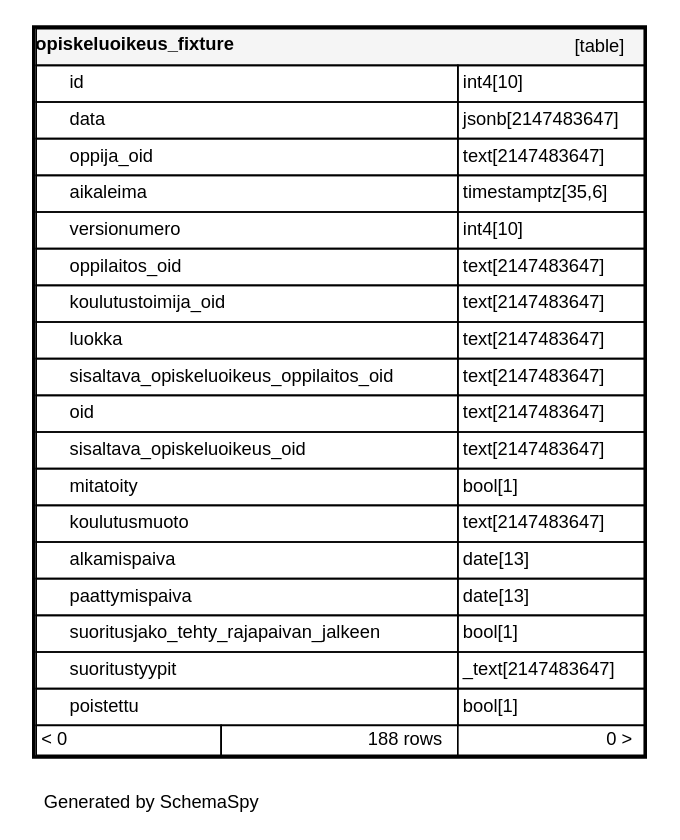
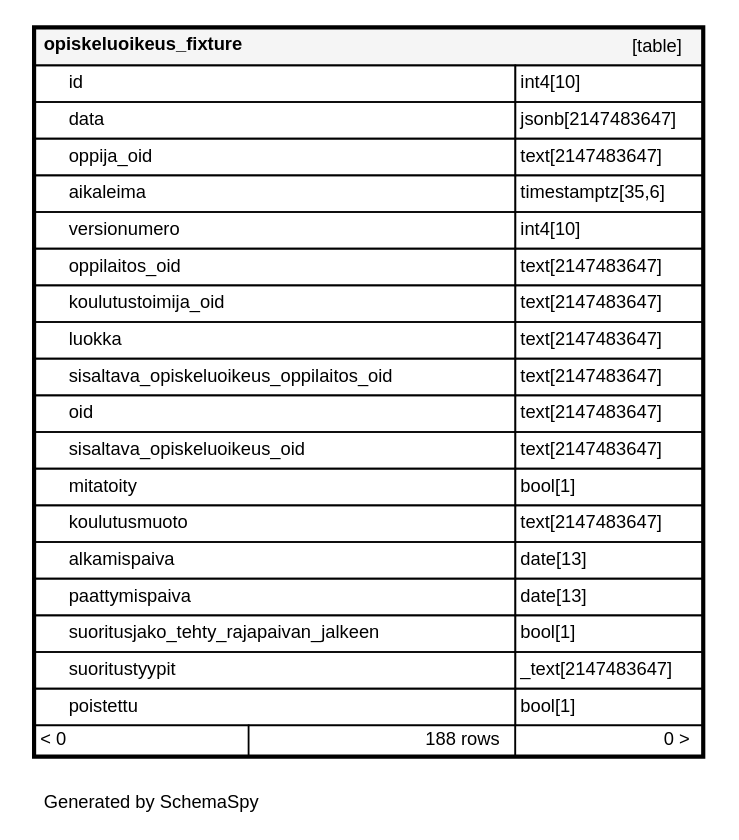
One commit to Opetushallitus/koski changed the diagram in documentation/tietokantaskeemat/koski/diagrams/tables/opiskeluoikeus_fixture.1degree.dot. Above: the diagram before and after it, drawn with Graphviz. The commit also changed 237 other files, not shown here.

```diff
--- a/documentation/tietokantaskeemat/koski/diagrams/tables/opiskeluoikeus_fixture.1degree.dot
+++ b/documentation/tietokantaskeemat/koski/diagrams/tables/opiskeluoikeus_fixture.1degree.dot
@@ -3,25 +3,25 @@
   "opiskeluoikeus_fixture" [
    label=<
     <TABLE BORDER="2" CELLBORDER="1" CELLSPACING="0" BGCOLOR="#ffffff">
-      <TR><TD COLSPAN="4"  BGCOLOR="#f5f5f5"><TABLE BORDER="0" CELLSPACING="0"><TR><TD ALIGN="LEFT" FIXEDSIZE="TRUE" WIDTH="130" HEIGHT="16"><B>opiskeluoikeus_fixture</B></TD><TD ALIGN="RIGHT">[table]</TD></TR></TABLE></TD></TR>
-      <TR><TD PORT="id" COLSPAN="2" ALIGN="LEFT"><TABLE BORDER="0" CELLSPACING="0" ALIGN="LEFT"><TR ALIGN="LEFT"><TD ALIGN="LEFT" FIXEDSIZE="TRUE" WIDTH="15" HEIGHT="16"></TD><TD ALIGN="LEFT" FIXEDSIZE="TRUE" WIDTH="232" HEIGHT="16">id</TD></TR></TABLE></TD><TD PORT="id.type" ALIGN="LEFT">int4[10]</TD></TR>
-      <TR><TD PORT="data" COLSPAN="2" ALIGN="LEFT"><TABLE BORDER="0" CELLSPACING="0" ALIGN="LEFT"><TR ALIGN="LEFT"><TD ALIGN="LEFT" FIXEDSIZE="TRUE" WIDTH="15" HEIGHT="16"></TD><TD ALIGN="LEFT" FIXEDSIZE="TRUE" WIDTH="232" HEIGHT="16">data</TD></TR></TABLE></TD><TD PORT="data.type" ALIGN="LEFT">jsonb[2147483647]</TD></TR>
-      <TR><TD PORT="oppija_oid" COLSPAN="2" ALIGN="LEFT"><TABLE BORDER="0" CELLSPACING="0" ALIGN="LEFT"><TR ALIGN="LEFT"><TD ALIGN="LEFT" FIXEDSIZE="TRUE" WIDTH="15" HEIGHT="16"></TD><TD ALIGN="LEFT" FIXEDSIZE="TRUE" WIDTH="232" HEIGHT="16">oppija_oid</TD></TR></TABLE></TD><TD PORT="oppija_oid.type" ALIGN="LEFT">text[2147483647]</TD></TR>
-      <TR><TD PORT="aikaleima" COLSPAN="2" ALIGN="LEFT"><TABLE BORDER="0" CELLSPACING="0" ALIGN="LEFT"><TR ALIGN="LEFT"><TD ALIGN="LEFT" FIXEDSIZE="TRUE" WIDTH="15" HEIGHT="16"></TD><TD ALIGN="LEFT" FIXEDSIZE="TRUE" WIDTH="232" HEIGHT="16">aikaleima</TD></TR></TABLE></TD><TD PORT="aikaleima.type" ALIGN="LEFT">timestamptz[35,6]</TD></TR>
-      <TR><TD PORT="versionumero" COLSPAN="2" ALIGN="LEFT"><TABLE BORDER="0" CELLSPACING="0" ALIGN="LEFT"><TR ALIGN="LEFT"><TD ALIGN="LEFT" FIXEDSIZE="TRUE" WIDTH="15" HEIGHT="16"></TD><TD ALIGN="LEFT" FIXEDSIZE="TRUE" WIDTH="232" HEIGHT="16">versionumero</TD></TR></TABLE></TD><TD PORT="versionumero.type" ALIGN="LEFT">int4[10]</TD></TR>
-      <TR><TD PORT="oppilaitos_oid" COLSPAN="2" ALIGN="LEFT"><TABLE BORDER="0" CELLSPACING="0" ALIGN="LEFT"><TR ALIGN="LEFT"><TD ALIGN="LEFT" FIXEDSIZE="TRUE" WIDTH="15" HEIGHT="16"></TD><TD ALIGN="LEFT" FIXEDSIZE="TRUE" WIDTH="232" HEIGHT="16">oppilaitos_oid</TD></TR></TABLE></TD><TD PORT="oppilaitos_oid.type" ALIGN="LEFT">text[2147483647]</TD></TR>
-      <TR><TD PORT="koulutustoimija_oid" COLSPAN="2" ALIGN="LEFT"><TABLE BORDER="0" CELLSPACING="0" ALIGN="LEFT"><TR ALIGN="LEFT"><TD ALIGN="LEFT" FIXEDSIZE="TRUE" WIDTH="15" HEIGHT="16"></TD><TD ALIGN="LEFT" FIXEDSIZE="TRUE" WIDTH="232" HEIGHT="16">koulutustoimija_oid</TD></TR></TABLE></TD><TD PORT="koulutustoimija_oid.type" ALIGN="LEFT">text[2147483647]</TD></TR>
-      <TR><TD PORT="luokka" COLSPAN="2" ALIGN="LEFT"><TABLE BORDER="0" CELLSPACING="0" ALIGN="LEFT"><TR ALIGN="LEFT"><TD ALIGN="LEFT" FIXEDSIZE="TRUE" WIDTH="15" HEIGHT="16"></TD><TD ALIGN="LEFT" FIXEDSIZE="TRUE" WIDTH="232" HEIGHT="16">luokka</TD></TR></TABLE></TD><TD PORT="luokka.type" ALIGN="LEFT">text[2147483647]</TD></TR>
-      <TR><TD PORT="sisaltava_opiskeluoikeus_oppilaitos_oid" COLSPAN="2" ALIGN="LEFT"><TABLE BORDER="0" CELLSPACING="0" ALIGN="LEFT"><TR ALIGN="LEFT"><TD ALIGN="LEFT" FIXEDSIZE="TRUE" WIDTH="15" HEIGHT="16"></TD><TD ALIGN="LEFT" FIXEDSIZE="TRUE" WIDTH="232" HEIGHT="16">sisaltava_opiskeluoikeus_oppilaitos_oid</TD></TR></TABLE></TD><TD PORT="sisaltava_opiskeluoikeus_oppilaitos_oid.type" ALIGN="LEFT">text[2147483647]</TD></TR>
-      <TR><TD PORT="oid" COLSPAN="2" ALIGN="LEFT"><TABLE BORDER="0" CELLSPACING="0" ALIGN="LEFT"><TR ALIGN="LEFT"><TD ALIGN="LEFT" FIXEDSIZE="TRUE" WIDTH="15" HEIGHT="16"></TD><TD ALIGN="LEFT" FIXEDSIZE="TRUE" WIDTH="232" HEIGHT="16">oid</TD></TR></TABLE></TD><TD PORT="oid.type" ALIGN="LEFT">text[2147483647]</TD></TR>
-      <TR><TD PORT="sisaltava_opiskeluoikeus_oid" COLSPAN="2" ALIGN="LEFT"><TABLE BORDER="0" CELLSPACING="0" ALIGN="LEFT"><TR ALIGN="LEFT"><TD ALIGN="LEFT" FIXEDSIZE="TRUE" WIDTH="15" HEIGHT="16"></TD><TD ALIGN="LEFT" FIXEDSIZE="TRUE" WIDTH="232" HEIGHT="16">sisaltava_opiskeluoikeus_oid</TD></TR></TABLE></TD><TD PORT="sisaltava_opiskeluoikeus_oid.type" ALIGN="LEFT">text[2147483647]</TD></TR>
-      <TR><TD PORT="mitatoity" COLSPAN="2" ALIGN="LEFT"><TABLE BORDER="0" CELLSPACING="0" ALIGN="LEFT"><TR ALIGN="LEFT"><TD ALIGN="LEFT" FIXEDSIZE="TRUE" WIDTH="15" HEIGHT="16"></TD><TD ALIGN="LEFT" FIXEDSIZE="TRUE" WIDTH="232" HEIGHT="16">mitatoity</TD></TR></TABLE></TD><TD PORT="mitatoity.type" ALIGN="LEFT">bool[1]</TD></TR>
-      <TR><TD PORT="koulutusmuoto" COLSPAN="2" ALIGN="LEFT"><TABLE BORDER="0" CELLSPACING="0" ALIGN="LEFT"><TR ALIGN="LEFT"><TD ALIGN="LEFT" FIXEDSIZE="TRUE" WIDTH="15" HEIGHT="16"></TD><TD ALIGN="LEFT" FIXEDSIZE="TRUE" WIDTH="232" HEIGHT="16">koulutusmuoto</TD></TR></TABLE></TD><TD PORT="koulutusmuoto.type" ALIGN="LEFT">text[2147483647]</TD></TR>
-      <TR><TD PORT="alkamispaiva" COLSPAN="2" ALIGN="LEFT"><TABLE BORDER="0" CELLSPACING="0" ALIGN="LEFT"><TR ALIGN="LEFT"><TD ALIGN="LEFT" FIXEDSIZE="TRUE" WIDTH="15" HEIGHT="16"></TD><TD ALIGN="LEFT" FIXEDSIZE="TRUE" WIDTH="232" HEIGHT="16">alkamispaiva</TD></TR></TABLE></TD><TD PORT="alkamispaiva.type" ALIGN="LEFT">date[13]</TD></TR>
-      <TR><TD PORT="paattymispaiva" COLSPAN="2" ALIGN="LEFT"><TABLE BORDER="0" CELLSPACING="0" ALIGN="LEFT"><TR ALIGN="LEFT"><TD ALIGN="LEFT" FIXEDSIZE="TRUE" WIDTH="15" HEIGHT="16"></TD><TD ALIGN="LEFT" FIXEDSIZE="TRUE" WIDTH="232" HEIGHT="16">paattymispaiva</TD></TR></TABLE></TD><TD PORT="paattymispaiva.type" ALIGN="LEFT">date[13]</TD></TR>
-      <TR><TD PORT="suoritusjako_tehty_rajapaivan_jalkeen" COLSPAN="2" ALIGN="LEFT"><TABLE BORDER="0" CELLSPACING="0" ALIGN="LEFT"><TR ALIGN="LEFT"><TD ALIGN="LEFT" FIXEDSIZE="TRUE" WIDTH="15" HEIGHT="16"></TD><TD ALIGN="LEFT" FIXEDSIZE="TRUE" WIDTH="232" HEIGHT="16">suoritusjako_tehty_rajapaivan_jalkeen</TD></TR></TABLE></TD><TD PORT="suoritusjako_tehty_rajapaivan_jalkeen.type" ALIGN="LEFT">bool[1]</TD></TR>
-      <TR><TD PORT="suoritustyypit" COLSPAN="2" ALIGN="LEFT"><TABLE BORDER="0" CELLSPACING="0" ALIGN="LEFT"><TR ALIGN="LEFT"><TD ALIGN="LEFT" FIXEDSIZE="TRUE" WIDTH="15" HEIGHT="16"></TD><TD ALIGN="LEFT" FIXEDSIZE="TRUE" WIDTH="232" HEIGHT="16">suoritustyypit</TD></TR></TABLE></TD><TD PORT="suoritustyypit.type" ALIGN="LEFT">_text[2147483647]</TD></TR>
-      <TR><TD PORT="poistettu" COLSPAN="2" ALIGN="LEFT"><TABLE BORDER="0" CELLSPACING="0" ALIGN="LEFT"><TR ALIGN="LEFT"><TD ALIGN="LEFT" FIXEDSIZE="TRUE" WIDTH="15" HEIGHT="16"></TD><TD ALIGN="LEFT" FIXEDSIZE="TRUE" WIDTH="232" HEIGHT="16">poistettu</TD></TR></TABLE></TD><TD PORT="poistettu.type" ALIGN="LEFT">bool[1]</TD></TR>
+      <TR><TD COLSPAN="4"  BGCOLOR="#f5f5f5"><TABLE BORDER="0" CELLSPACING="0"><TR><TD ALIGN="LEFT" FIXEDSIZE="TRUE" WIDTH="152" HEIGHT="16"><B>opiskeluoikeus_fixture</B></TD><TD ALIGN="RIGHT">[table]</TD></TR></TABLE></TD></TR>
+      <TR><TD PORT="id" COLSPAN="2" ALIGN="LEFT"><TABLE BORDER="0" CELLSPACING="0" ALIGN="LEFT"><TR ALIGN="LEFT"><TD ALIGN="LEFT" FIXEDSIZE="TRUE" WIDTH="15" HEIGHT="16"></TD><TD ALIGN="LEFT" FIXEDSIZE="TRUE" WIDTH="267" HEIGHT="16">id</TD></TR></TABLE></TD><TD PORT="id.type" ALIGN="LEFT">int4[10]</TD></TR>
+      <TR><TD PORT="data" COLSPAN="2" ALIGN="LEFT"><TABLE BORDER="0" CELLSPACING="0" ALIGN="LEFT"><TR ALIGN="LEFT"><TD ALIGN="LEFT" FIXEDSIZE="TRUE" WIDTH="15" HEIGHT="16"></TD><TD ALIGN="LEFT" FIXEDSIZE="TRUE" WIDTH="267" HEIGHT="16">data</TD></TR></TABLE></TD><TD PORT="data.type" ALIGN="LEFT">jsonb[2147483647]</TD></TR>
+      <TR><TD PORT="oppija_oid" COLSPAN="2" ALIGN="LEFT"><TABLE BORDER="0" CELLSPACING="0" ALIGN="LEFT"><TR ALIGN="LEFT"><TD ALIGN="LEFT" FIXEDSIZE="TRUE" WIDTH="15" HEIGHT="16"></TD><TD ALIGN="LEFT" FIXEDSIZE="TRUE" WIDTH="267" HEIGHT="16">oppija_oid</TD></TR></TABLE></TD><TD PORT="oppija_oid.type" ALIGN="LEFT">text[2147483647]</TD></TR>
+      <TR><TD PORT="aikaleima" COLSPAN="2" ALIGN="LEFT"><TABLE BORDER="0" CELLSPACING="0" ALIGN="LEFT"><TR ALIGN="LEFT"><TD ALIGN="LEFT" FIXEDSIZE="TRUE" WIDTH="15" HEIGHT="16"></TD><TD ALIGN="LEFT" FIXEDSIZE="TRUE" WIDTH="267" HEIGHT="16">aikaleima</TD></TR></TABLE></TD><TD PORT="aikaleima.type" ALIGN="LEFT">timestamptz[35,6]</TD></TR>
+      <TR><TD PORT="versionumero" COLSPAN="2" ALIGN="LEFT"><TABLE BORDER="0" CELLSPACING="0" ALIGN="LEFT"><TR ALIGN="LEFT"><TD ALIGN="LEFT" FIXEDSIZE="TRUE" WIDTH="15" HEIGHT="16"></TD><TD ALIGN="LEFT" FIXEDSIZE="TRUE" WIDTH="267" HEIGHT="16">versionumero</TD></TR></TABLE></TD><TD PORT="versionumero.type" ALIGN="LEFT">int4[10]</TD></TR>
+      <TR><TD PORT="oppilaitos_oid" COLSPAN="2" ALIGN="LEFT"><TABLE BORDER="0" CELLSPACING="0" ALIGN="LEFT"><TR ALIGN="LEFT"><TD ALIGN="LEFT" FIXEDSIZE="TRUE" WIDTH="15" HEIGHT="16"></TD><TD ALIGN="LEFT" FIXEDSIZE="TRUE" WIDTH="267" HEIGHT="16">oppilaitos_oid</TD></TR></TABLE></TD><TD PORT="oppilaitos_oid.type" ALIGN="LEFT">text[2147483647]</TD></TR>
+      <TR><TD PORT="koulutustoimija_oid" COLSPAN="2" ALIGN="LEFT"><TABLE BORDER="0" CELLSPACING="0" ALIGN="LEFT"><TR ALIGN="LEFT"><TD ALIGN="LEFT" FIXEDSIZE="TRUE" WIDTH="15" HEIGHT="16"></TD><TD ALIGN="LEFT" FIXEDSIZE="TRUE" WIDTH="267" HEIGHT="16">koulutustoimija_oid</TD></TR></TABLE></TD><TD PORT="koulutustoimija_oid.type" ALIGN="LEFT">text[2147483647]</TD></TR>
+      <TR><TD PORT="luokka" COLSPAN="2" ALIGN="LEFT"><TABLE BORDER="0" CELLSPACING="0" ALIGN="LEFT"><TR ALIGN="LEFT"><TD ALIGN="LEFT" FIXEDSIZE="TRUE" WIDTH="15" HEIGHT="16"></TD><TD ALIGN="LEFT" FIXEDSIZE="TRUE" WIDTH="267" HEIGHT="16">luokka</TD></TR></TABLE></TD><TD PORT="luokka.type" ALIGN="LEFT">text[2147483647]</TD></TR>
+      <TR><TD PORT="sisaltava_opiskeluoikeus_oppilaitos_oid" COLSPAN="2" ALIGN="LEFT"><TABLE BORDER="0" CELLSPACING="0" ALIGN="LEFT"><TR ALIGN="LEFT"><TD ALIGN="LEFT" FIXEDSIZE="TRUE" WIDTH="15" HEIGHT="16"></TD><TD ALIGN="LEFT" FIXEDSIZE="TRUE" WIDTH="267" HEIGHT="16">sisaltava_opiskeluoikeus_oppilaitos_oid</TD></TR></TABLE></TD><TD PORT="sisaltava_opiskeluoikeus_oppilaitos_oid.type" ALIGN="LEFT">text[2147483647]</TD></TR>
+      <TR><TD PORT="oid" COLSPAN="2" ALIGN="LEFT"><TABLE BORDER="0" CELLSPACING="0" ALIGN="LEFT"><TR ALIGN="LEFT"><TD ALIGN="LEFT" FIXEDSIZE="TRUE" WIDTH="15" HEIGHT="16"></TD><TD ALIGN="LEFT" FIXEDSIZE="TRUE" WIDTH="267" HEIGHT="16">oid</TD></TR></TABLE></TD><TD PORT="oid.type" ALIGN="LEFT">text[2147483647]</TD></TR>
+      <TR><TD PORT="sisaltava_opiskeluoikeus_oid" COLSPAN="2" ALIGN="LEFT"><TABLE BORDER="0" CELLSPACING="0" ALIGN="LEFT"><TR ALIGN="LEFT"><TD ALIGN="LEFT" FIXEDSIZE="TRUE" WIDTH="15" HEIGHT="16"></TD><TD ALIGN="LEFT" FIXEDSIZE="TRUE" WIDTH="267" HEIGHT="16">sisaltava_opiskeluoikeus_oid</TD></TR></TABLE></TD><TD PORT="sisaltava_opiskeluoikeus_oid.type" ALIGN="LEFT">text[2147483647]</TD></TR>
+      <TR><TD PORT="mitatoity" COLSPAN="2" ALIGN="LEFT"><TABLE BORDER="0" CELLSPACING="0" ALIGN="LEFT"><TR ALIGN="LEFT"><TD ALIGN="LEFT" FIXEDSIZE="TRUE" WIDTH="15" HEIGHT="16"></TD><TD ALIGN="LEFT" FIXEDSIZE="TRUE" WIDTH="267" HEIGHT="16">mitatoity</TD></TR></TABLE></TD><TD PORT="mitatoity.type" ALIGN="LEFT">bool[1]</TD></TR>
+      <TR><TD PORT="koulutusmuoto" COLSPAN="2" ALIGN="LEFT"><TABLE BORDER="0" CELLSPACING="0" ALIGN="LEFT"><TR ALIGN="LEFT"><TD ALIGN="LEFT" FIXEDSIZE="TRUE" WIDTH="15" HEIGHT="16"></TD><TD ALIGN="LEFT" FIXEDSIZE="TRUE" WIDTH="267" HEIGHT="16">koulutusmuoto</TD></TR></TABLE></TD><TD PORT="koulutusmuoto.type" ALIGN="LEFT">text[2147483647]</TD></TR>
+      <TR><TD PORT="alkamispaiva" COLSPAN="2" ALIGN="LEFT"><TABLE BORDER="0" CELLSPACING="0" ALIGN="LEFT"><TR ALIGN="LEFT"><TD ALIGN="LEFT" FIXEDSIZE="TRUE" WIDTH="15" HEIGHT="16"></TD><TD ALIGN="LEFT" FIXEDSIZE="TRUE" WIDTH="267" HEIGHT="16">alkamispaiva</TD></TR></TABLE></TD><TD PORT="alkamispaiva.type" ALIGN="LEFT">date[13]</TD></TR>
+      <TR><TD PORT="paattymispaiva" COLSPAN="2" ALIGN="LEFT"><TABLE BORDER="0" CELLSPACING="0" ALIGN="LEFT"><TR ALIGN="LEFT"><TD ALIGN="LEFT" FIXEDSIZE="TRUE" WIDTH="15" HEIGHT="16"></TD><TD ALIGN="LEFT" FIXEDSIZE="TRUE" WIDTH="267" HEIGHT="16">paattymispaiva</TD></TR></TABLE></TD><TD PORT="paattymispaiva.type" ALIGN="LEFT">date[13]</TD></TR>
+      <TR><TD PORT="suoritusjako_tehty_rajapaivan_jalkeen" COLSPAN="2" ALIGN="LEFT"><TABLE BORDER="0" CELLSPACING="0" ALIGN="LEFT"><TR ALIGN="LEFT"><TD ALIGN="LEFT" FIXEDSIZE="TRUE" WIDTH="15" HEIGHT="16"></TD><TD ALIGN="LEFT" FIXEDSIZE="TRUE" WIDTH="267" HEIGHT="16">suoritusjako_tehty_rajapaivan_jalkeen</TD></TR></TABLE></TD><TD PORT="suoritusjako_tehty_rajapaivan_jalkeen.type" ALIGN="LEFT">bool[1]</TD></TR>
+      <TR><TD PORT="suoritustyypit" COLSPAN="2" ALIGN="LEFT"><TABLE BORDER="0" CELLSPACING="0" ALIGN="LEFT"><TR ALIGN="LEFT"><TD ALIGN="LEFT" FIXEDSIZE="TRUE" WIDTH="15" HEIGHT="16"></TD><TD ALIGN="LEFT" FIXEDSIZE="TRUE" WIDTH="267" HEIGHT="16">suoritustyypit</TD></TR></TABLE></TD><TD PORT="suoritustyypit.type" ALIGN="LEFT">_text[2147483647]</TD></TR>
+      <TR><TD PORT="poistettu" COLSPAN="2" ALIGN="LEFT"><TABLE BORDER="0" CELLSPACING="0" ALIGN="LEFT"><TR ALIGN="LEFT"><TD ALIGN="LEFT" FIXEDSIZE="TRUE" WIDTH="15" HEIGHT="16"></TD><TD ALIGN="LEFT" FIXEDSIZE="TRUE" WIDTH="267" HEIGHT="16">poistettu</TD></TR></TABLE></TD><TD PORT="poistettu.type" ALIGN="LEFT">bool[1]</TD></TR>
       <TR><TD ALIGN="LEFT" BGCOLOR="#ffffff">&lt; 0</TD><TD ALIGN="RIGHT" BGCOLOR="#ffffff">188 rows</TD><TD ALIGN="RIGHT" BGCOLOR="#ffffff">0 &gt;</TD></TR>
     </TABLE>>
     URL="../../tables/opiskeluoikeus_fixture.html"
```
